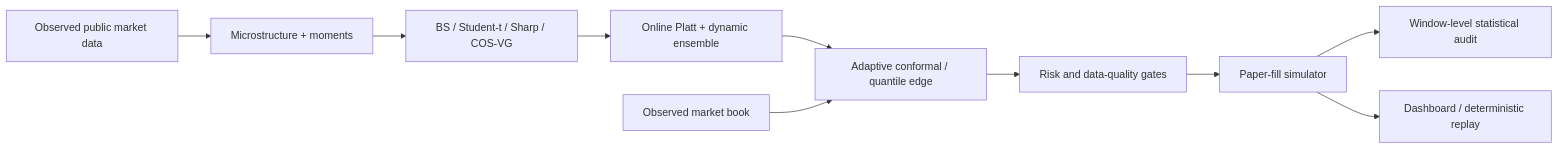
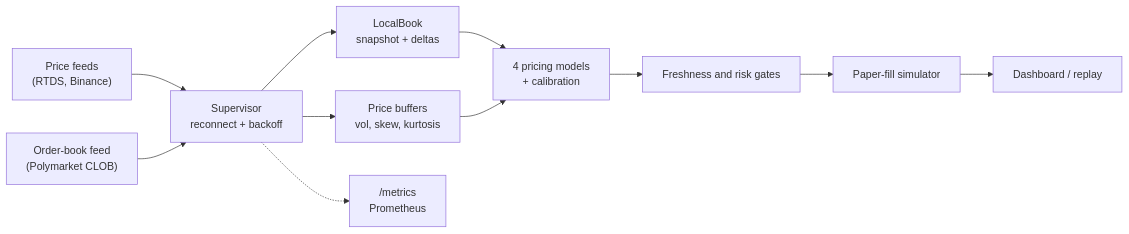
One commit to arnav-goel10/polymarket-pricing-research changed the diagram in README.md. Above: the diagram before and after it, drawn with Mermaid. The commit also changed other lines of this file and 3 other files, not shown here.

````diff
--- a/README.md
+++ b/README.md
@@ -35,12 +25,13 @@
 ```mermaid
 flowchart LR
-  Feeds["Observed public market data"] --> Signals["Microstructure + moments"]
-  Signals --> Models["BS / Student-t / Sharp / COS-VG"]
-  Models --> Cal["Online Platt + dynamic ensemble"]
-  Cal --> Edge["Adaptive conformal / quantile edge"]
-  Market["Observed market book"] --> Edge
-  Edge --> Risk["Risk and data-quality gates"]
+  WS1["Price feeds<br/>(RTDS, Binance)"] --> Sup["Supervisor<br/>reconnect + backoff"]
+  WS2["Order-book feed<br/>(Polymarket CLOB)"] --> Sup
+  Sup --> Book["LocalBook<br/>snapshot + deltas"]
+  Sup --> Buf["Price buffers<br/>vol, skew, kurtosis"]
+  Book --> Models["4 pricing models<br/>+ calibration"]
+  Buf --> Models
+  Models --> Risk["Freshness and risk gates"]
   Risk --> Paper["Paper-fill simulator"]
-  Paper --> Audit["Window-level statistical audit"]
-  Paper --> Dashboard["Dashboard / deterministic replay"]
+  Sup -.-> Metrics["/metrics<br/>Prometheus"]
+  Paper --> Dash["Dashboard / replay"]
 ```
````
